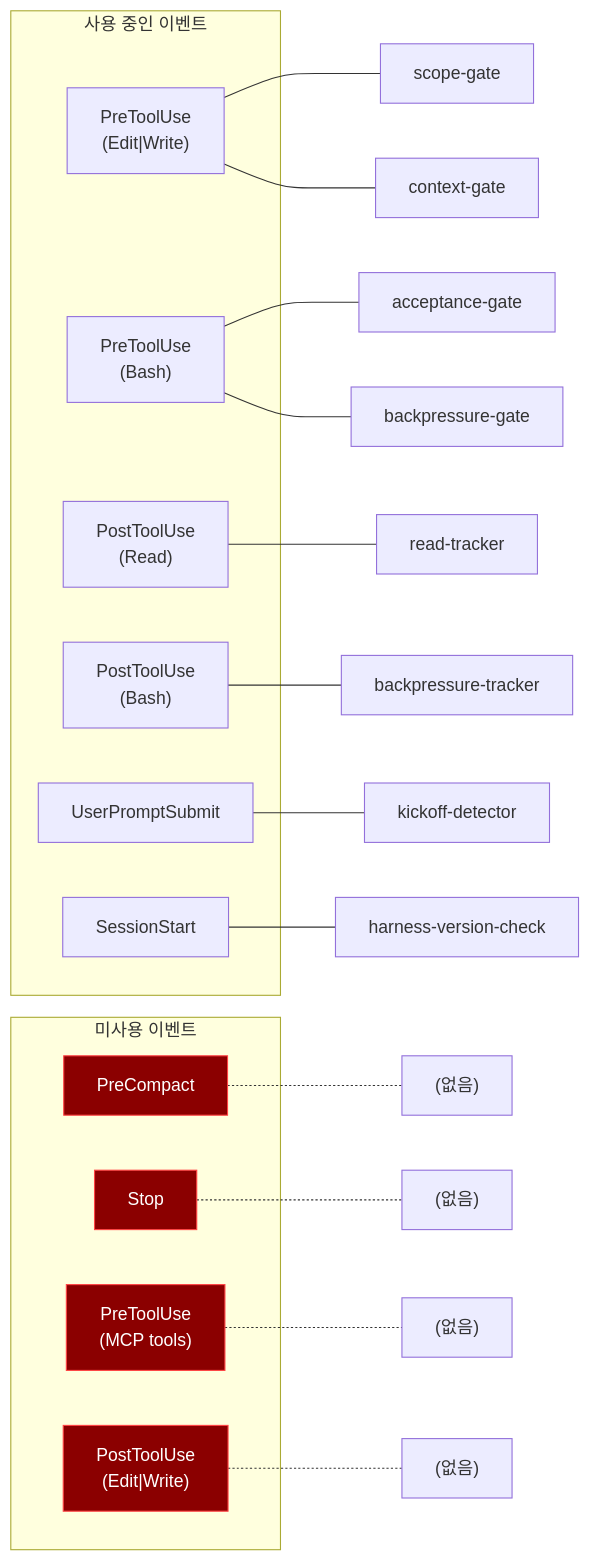
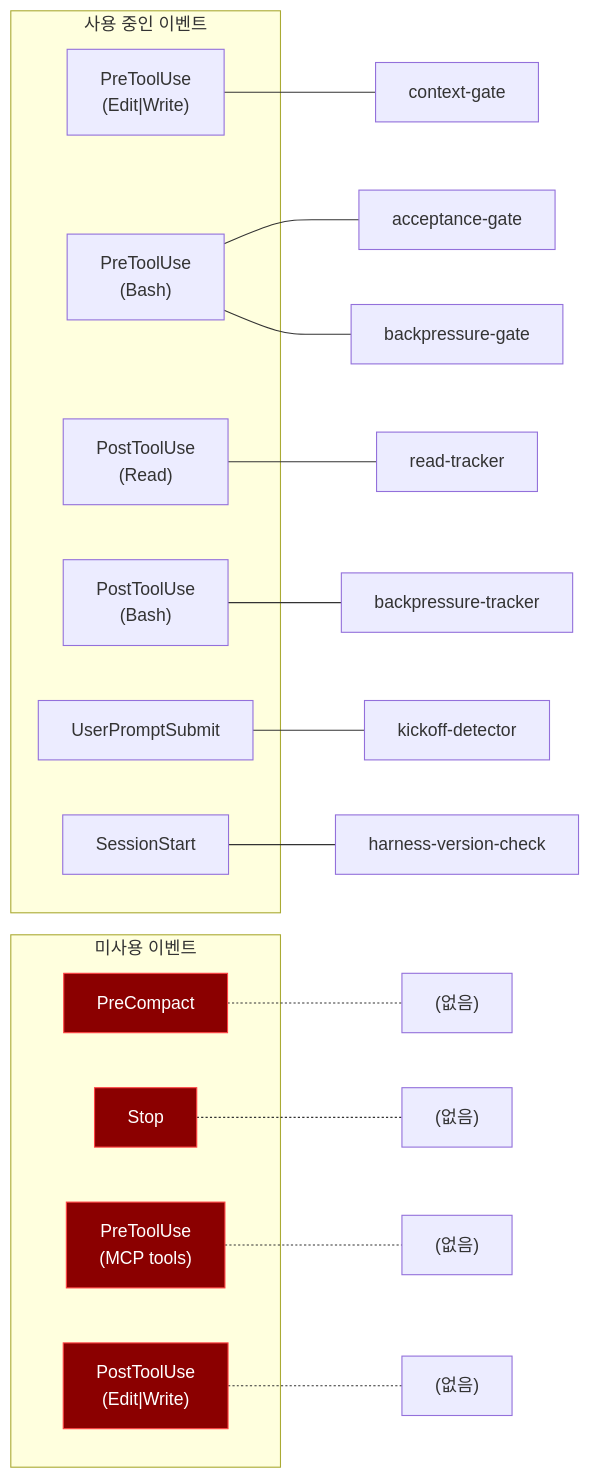
Before and after one commit to rae-hugo-kim/claude: the sixth of 7 diagrams in docs/architecture/harness-architecture.md, drawn with Mermaid. The commit also changed other lines of this file and 17 other files, not shown here.

````diff
--- a/docs/architecture/harness-architecture.md
+++ b/docs/architecture/harness-architecture.md
@@ -301,35 +288,35 @@
 ```mermaid
 graph LR
     subgraph "사용 중인 이벤트"
         E1["PreToolUse<br/>(Edit|Write)"]
         E2["PreToolUse<br/>(Bash)"]
         E3["PostToolUse<br/>(Read)"]
         E4["PostToolUse<br/>(Bash)"]
         E5["UserPromptSubmit"]
         E6["SessionStart"]
     end
 
     subgraph "미사용 이벤트"
         E7["PreCompact"]
         E8["Stop"]
         E9["PreToolUse<br/>(MCP tools)"]
         E10["PostToolUse<br/>(Edit|Write)"]
     end
 
-    E1 --- SG[scope-gate] & CG[context-gate]
+    E1 --- CG[context-gate]
     E2 --- AG[acceptance-gate] & BG[backpressure-gate]
     E3 --- RT[read-tracker]
     E4 --- BT[backpressure-tracker]
     E5 --- KD[kickoff-detector]
     E6 --- HVC[harness-version-check]
 
     E7 -.- N1["(없음)"]
     E8 -.- N2["(없음)"]
     E9 -.- N3["(없음)"]
     E10 -.- N4["(없음)"]
 
     style E7 fill:#8b0000,color:#fff,stroke:#ff4444
     style E8 fill:#8b0000,color:#fff,stroke:#ff4444
     style E9 fill:#8b0000,color:#fff,stroke:#ff4444
     style E10 fill:#8b0000,color:#fff,stroke:#ff4444
 ```
````
